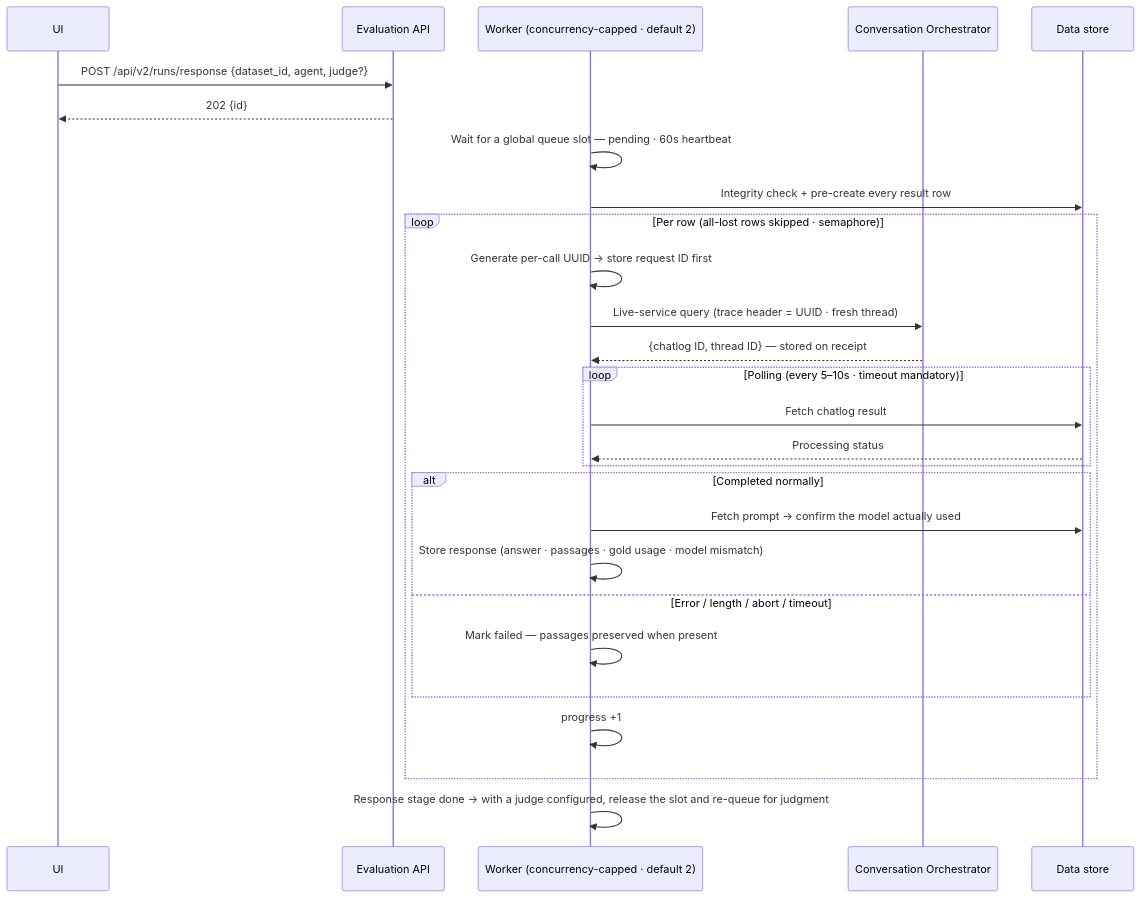
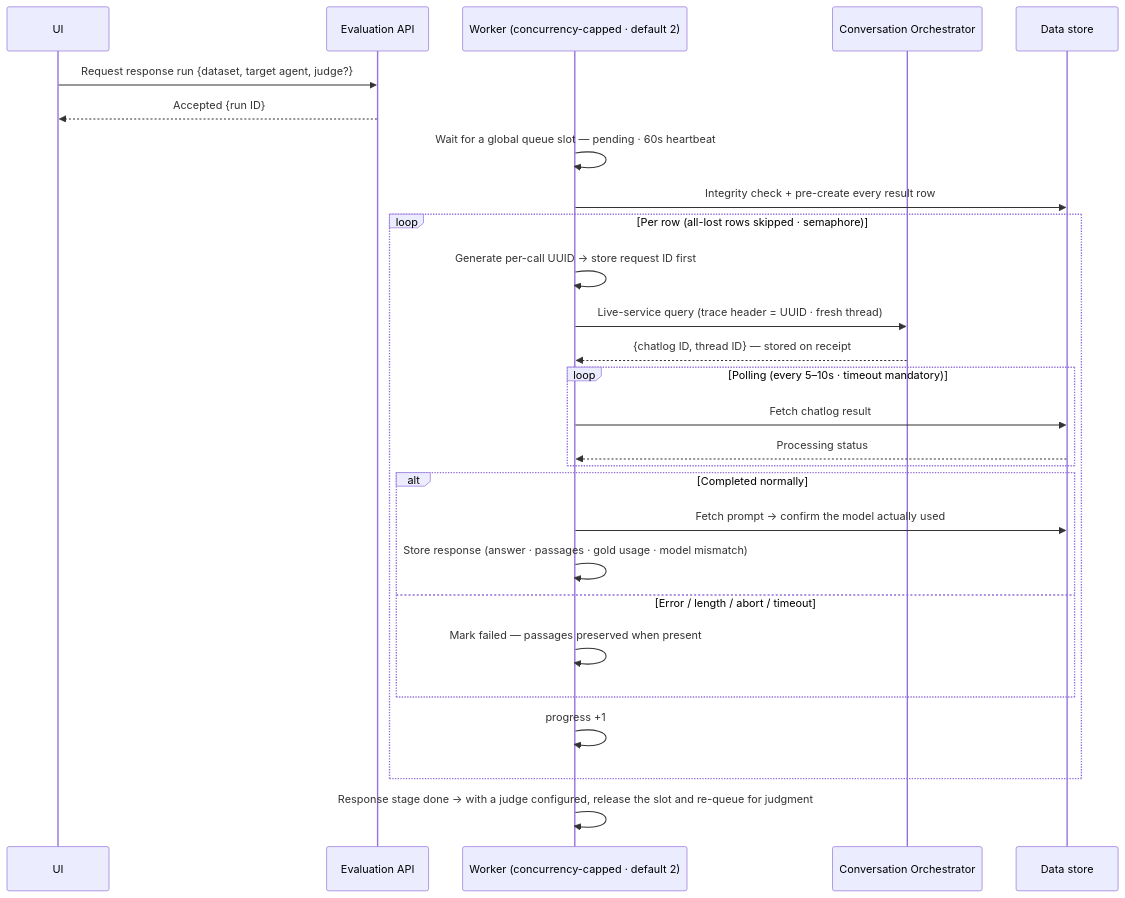
Before and after one commit to comsa33/porfolio-site: the diagram in public/architecture/evaluator/response-run-en.mmd, drawn with Mermaid. The commit also changed 14 other files, not shown here.

First line of the commit message:
feat: harness architecture diagrams; strip internal API paths from diagrams

```diff
--- a/public/architecture/evaluator/response-run-en.mmd
+++ b/public/architecture/evaluator/response-run-en.mmd
@@ -1,27 +1,27 @@
 sequenceDiagram
     participant UI
     participant API as Evaluation API
     participant Q as Worker (concurrency-capped · default 2)
     participant AG as Conversation Orchestrator
     participant DS as Data store
-    UI->>API: POST /api/v2/runs/response {dataset_id, agent, judge?}
-    API-->>UI: 202 {id}
+    UI->>API: Request response run {dataset, target agent, judge?}
+    API-->>UI: Accepted {run ID}
     Q->>Q: Wait for a global queue slot — pending · 60s heartbeat
     Q->>DS: Integrity check + pre-create every result row
     loop Per row (all-lost rows skipped · semaphore)
         Q->>Q: Generate per-call UUID → store request ID first
         Q->>AG: Live-service query (trace header = UUID · fresh thread)
         AG-->>Q: {chatlog ID, thread ID} — stored on receipt
         loop Polling (every 5–10s · timeout mandatory)
             Q->>DS: Fetch chatlog result
             DS-->>Q: Processing status
         end
         alt Completed normally
             Q->>DS: Fetch prompt → confirm the model actually used
             Q->>Q: Store response (answer · passages · gold usage · model mismatch)
         else Error / length / abort / timeout
             Q->>Q: Mark failed — passages preserved when present
         end
         Q->>Q: progress +1
     end
     Q->>Q: Response stage done → with a judge configured, release the slot and re-queue for judgment
```
